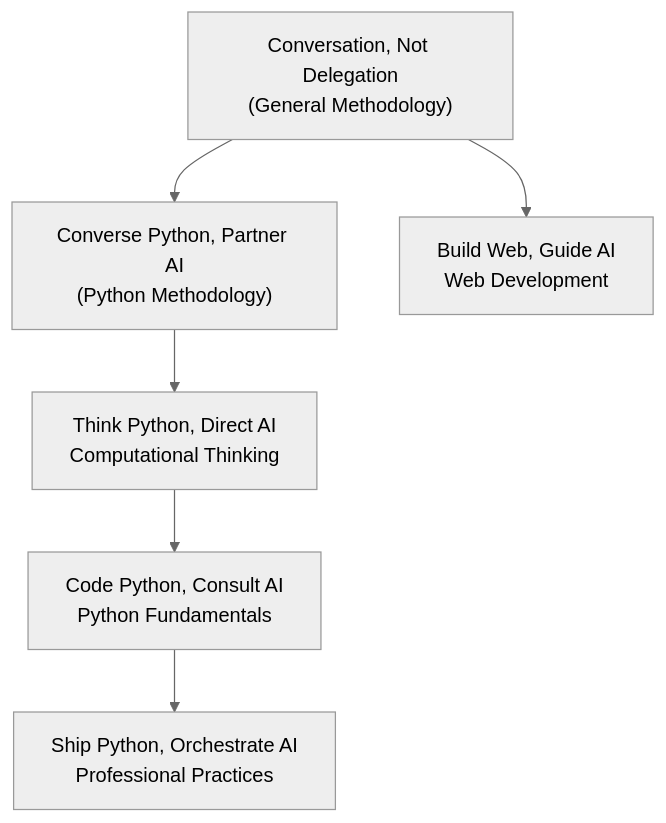
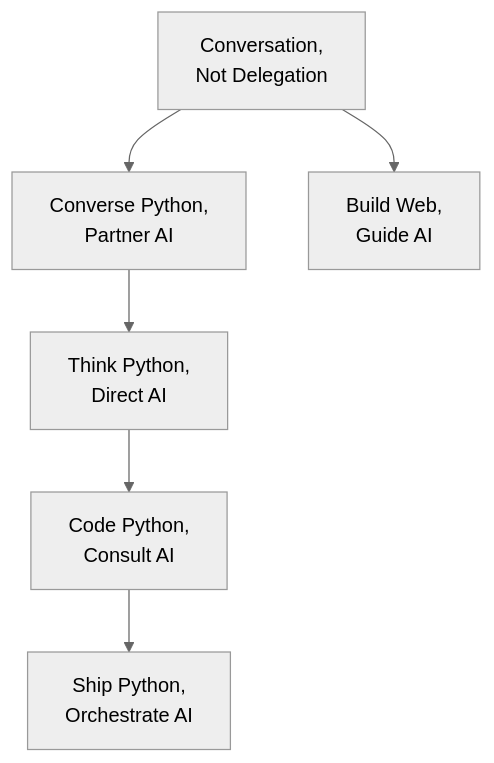
Before and after one commit to michael-borck/converse-python-partner-ai: the diagram in index.qmd, drawn with Mermaid (neutral theme).

Commit message:
Fix mermaid diagram: use <br/> for line breaks, constrain width
\n renders as literal text in PDF. Use <br/> for Mermaid line
breaks. Shorten labels and set fig-width to fit within 7x10 page.

````diff
--- a/index.qmd
+++ b/index.qmd
@@ -106,10 +106,15 @@
 ```{mermaid}
+%%| fig-width: 4
 flowchart TD
-    CND["Conversation, Not Delegation\n(General Methodology)"]
-    CPPA["Converse Python, Partner AI\n(Python Methodology)"]
+    CND["Conversation,<br/>Not Delegation"]
+    CPPA["Converse Python,<br/>Partner AI"]
+    Think["Think Python,<br/>Direct AI"]
+    Code["Code Python,<br/>Consult AI"]
+    Ship["Ship Python,<br/>Orchestrate AI"]
+    Web["Build Web,<br/>Guide AI"]
     CND --> CPPA
-    CND --> Web["Build Web, Guide AI\nWeb Development"]
-    CPPA --> Think["Think Python, Direct AI\nComputational Thinking"]
-    Think --> Code["Code Python, Consult AI\nPython Fundamentals"]
-    Code --> Ship["Ship Python, Orchestrate AI\nProfessional Practices"]
+    CND --> Web
+    CPPA --> Think
+    Think --> Code
+    Code --> Ship
 ```
````
